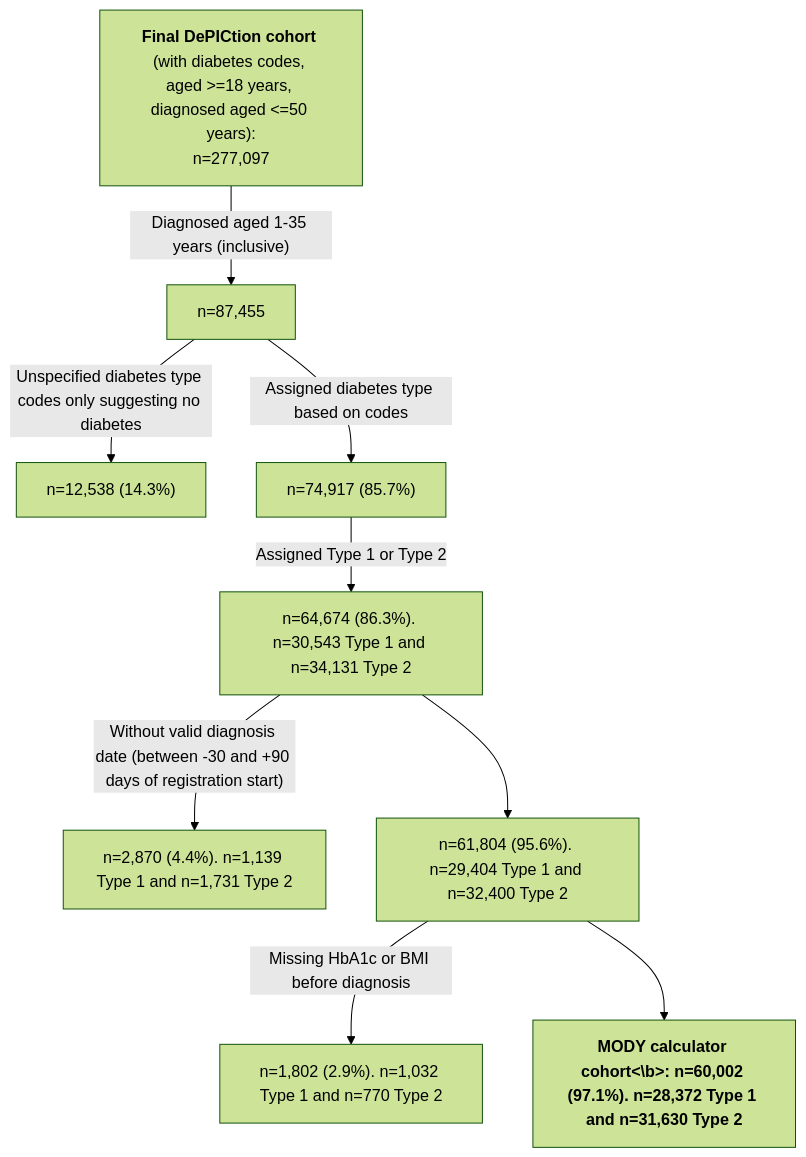
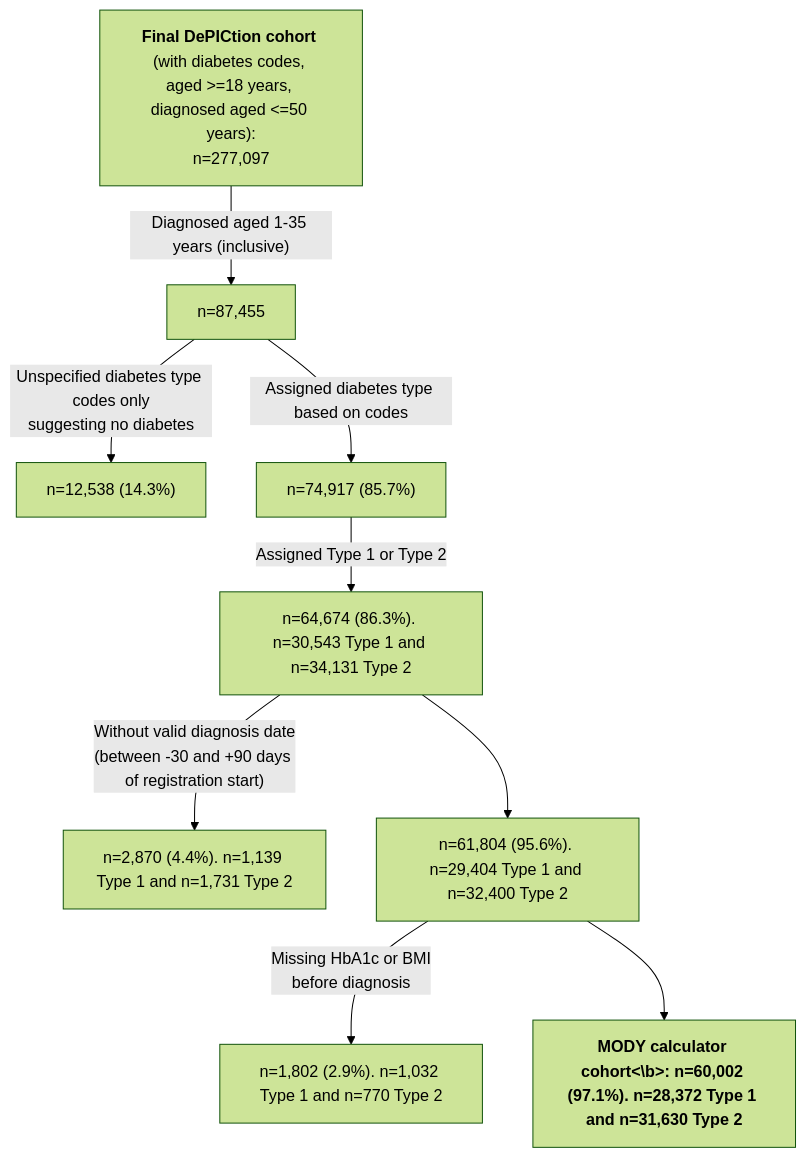
The third of 4 diagrams in README.md (Exeter-Diabetes/CPRD-Katie-DePICtion-Scripts), drawn with Mermaid (forest theme) before and after one commit.

````diff
--- a/README.md
+++ b/README.md
@@ -87,13 +87,13 @@
 ```mermaid
 graph TD;
     A["<b>Final DePICtion cohort</b> (with diabetes codes, <br>aged >=18 years, diagnosed aged <=50 years):<br>n=277,097"] --> |"Diagnosed aged 1-35 years (inclusive)"| B["n=87,455"]
-    B --> |"Unspecified diabetes type codes only suggesting no diabetes"| C["n=12,538 (14.3%)"]
+    B --> |"Unspecified diabetes type codes only<br>suggesting no diabetes"| C["n=12,538 (14.3%)"]
     B --> |"Assigned diabetes type based on codes"| D["n=74,917 (85.7%)"]
     D --> |"Assigned Type 1 or Type 2"| E["n=64,674 (86.3%). n=30,543 Type 1 and n=34,131 Type 2"]
-    E --> |"Without valid diagnosis date (between -30 and +90 days of registration start)"| F["n=2,870 (4.4%). n=1,139 Type 1 and n=1,731 Type 2"]
+    E --> |"Without valid diagnosis date<br>(between -30 and +90 days of registration start)"| F["n=2,870 (4.4%). n=1,139 Type 1 and n=1,731 Type 2"]
     E --> G["n=61,804 (95.6%). n=29,404 Type 1 and n=32,400 Type 2"]
-    G --> |"Missing HbA1c or BMI before diagnosis"|H["n=1,802 (2.9%). n=1,032 Type 1 and n=770 Type 2"]
+    G --> |"Missing HbA1c or BMI<br>before diagnosis"|H["n=1,802 (2.9%). n=1,032 Type 1 and n=770 Type 2"]
     G --> I["<b>MODY calculator cohort<\b>: n=60,002 (97.1%). n=28,372 Type 1 and n=31,630 Type 2"]
    
    
 ```
````
